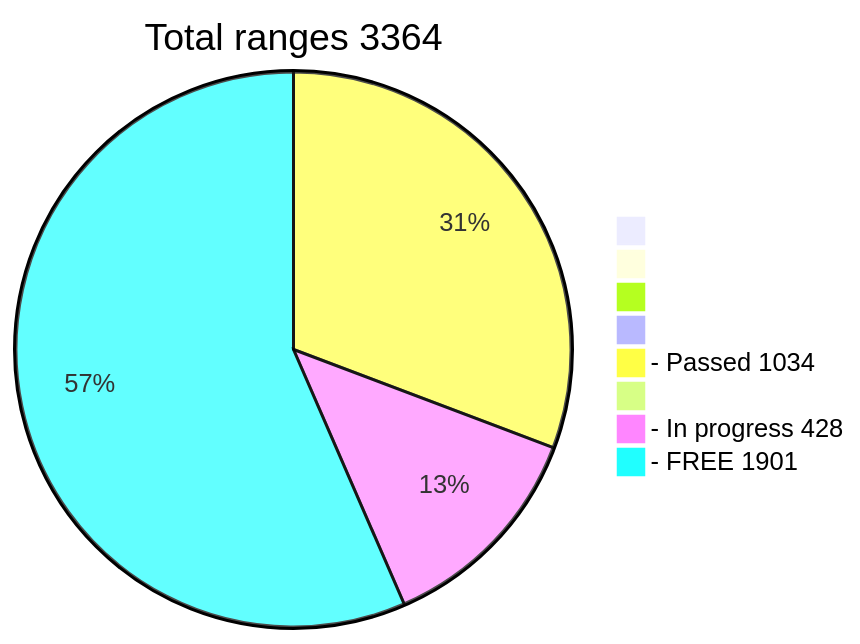
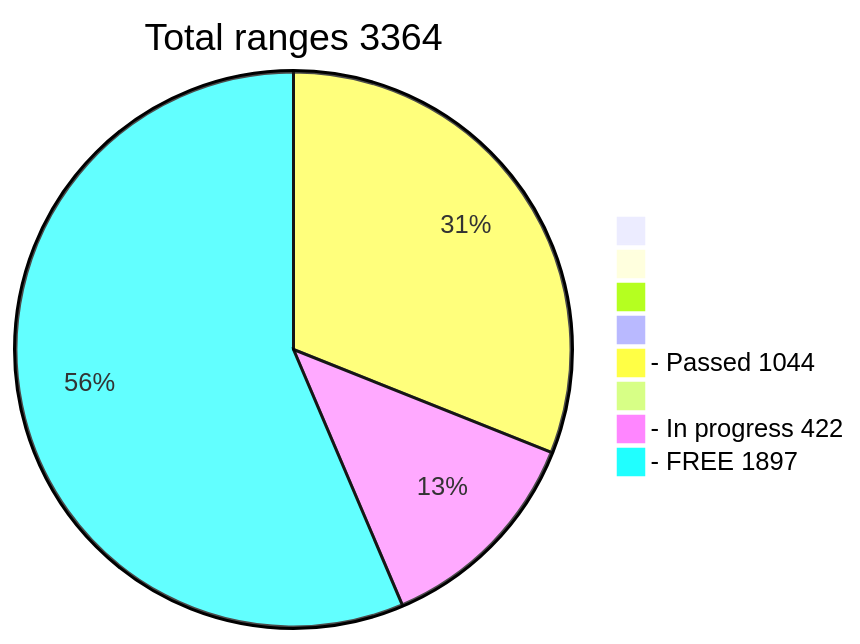
One commit to phrutis/wif500 changed the diagram in README.md. Above: the diagram before and after it, drawn with Mermaid.

````diff
--- a/README.md
+++ b/README.md
@@ -16,12 +16,12 @@
 ```mermaid
 pie title Total ranges 3364
              " " : 0
             "  " : 0
            "   " : 0
           "    " : 0
-  "- Passed 1034" : 1034
+  "- Passed 1044" : 1044
          "     " : 0
-  "- In progress 428" : 428
-   "- FREE 1901" : 1901
+  "- In progress 422" : 422
+   "- FREE 1897" : 1897
    
 ```
````
